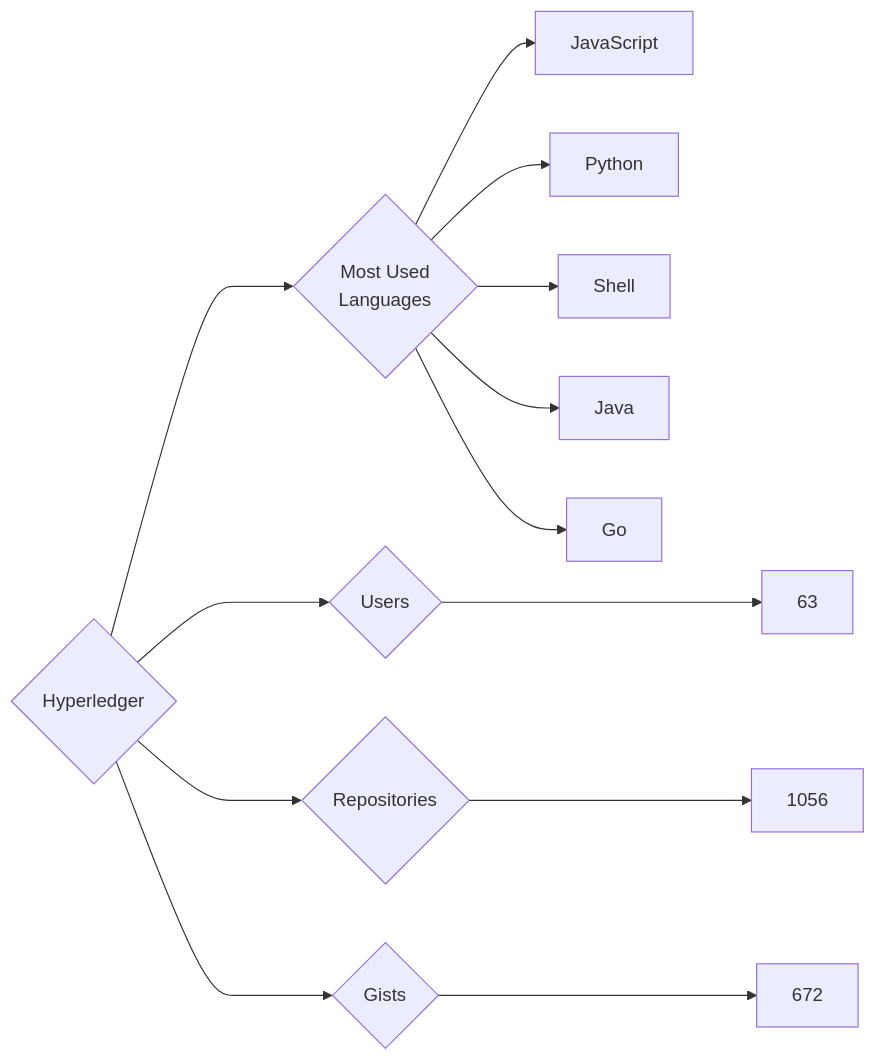
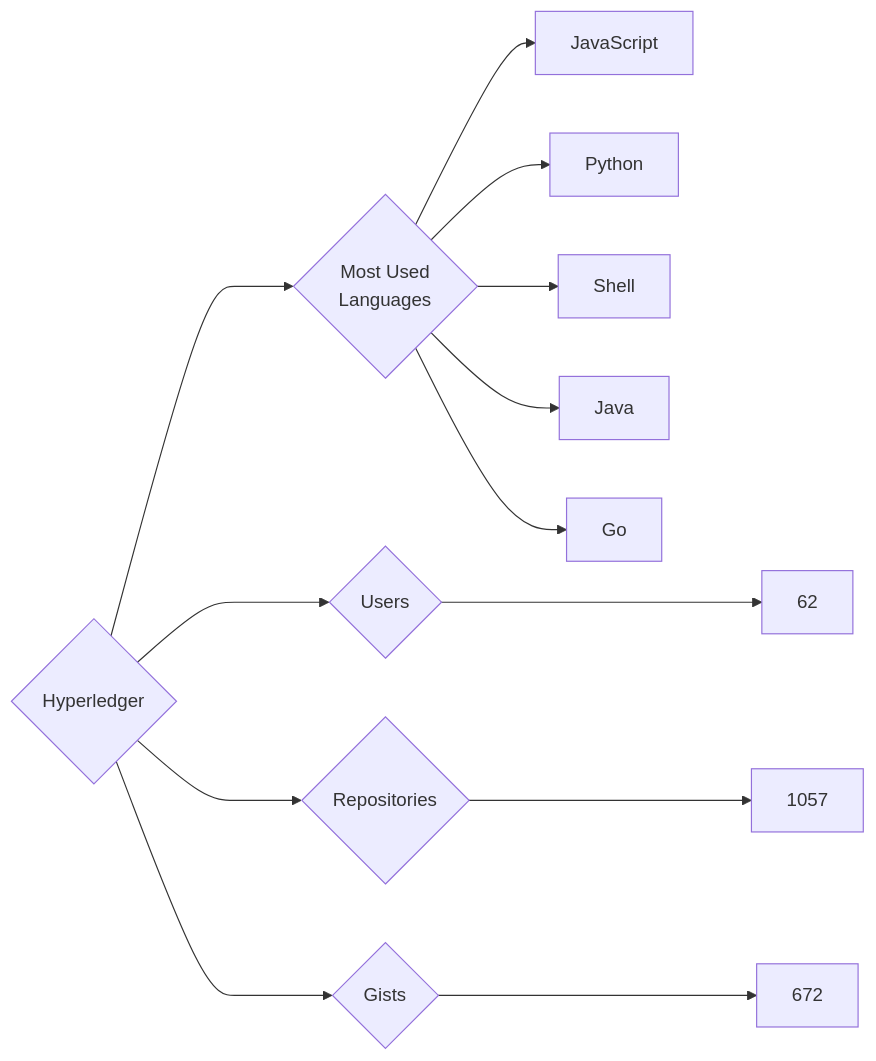
Before and after one commit to trickest/insiders: the diagram in targets/Hyperledger/README.md, drawn with Mermaid. The commit also changed 629 other files, not shown here.

````diff
--- a/targets/Hyperledger/README.md
+++ b/targets/Hyperledger/README.md
@@ -3,13 +3,13 @@
 ```mermaid
 graph LR
 COMPANY_NAME{Hyperledger}
-COMPANY_NAME ---> U{Users} ---> UN[63]
-COMPANY_NAME ---> R{Repositories} ---> RN[1056]
+COMPANY_NAME ---> U{Users} ---> UN[62]
+COMPANY_NAME ---> R{Repositories} ---> RN[1057]
 COMPANY_NAME ---> G{Gists} ---> GN[672]
 COMPANY_NAME ---> ML{Most Used<br>Languages}
 ML --> JavaScript[JavaScript]
 ML --> Python[Python]
 ML --> Shell[Shell]
 ML --> Java[Java]
 ML --> Go[Go]
 ```
````
